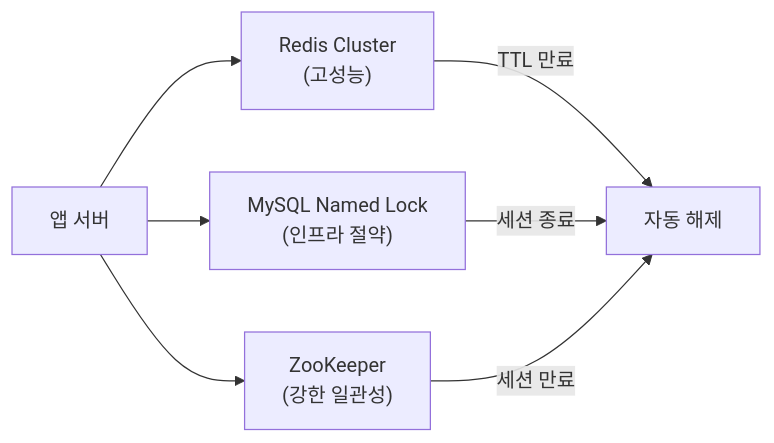
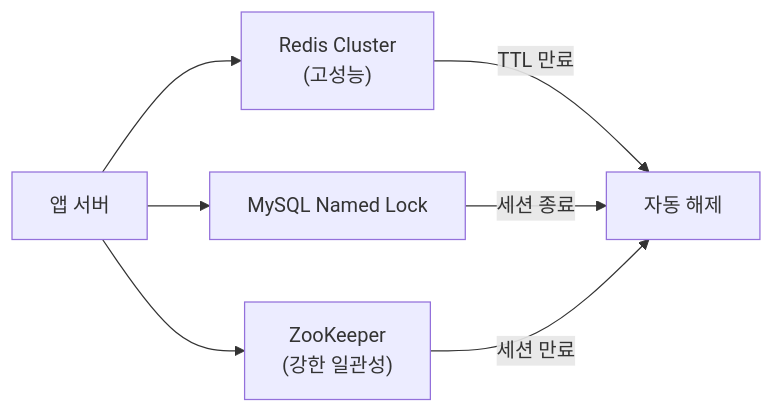
Before and after one commit to yjkim2015/yjkim2015.github.io: the fourth of 4 diagrams in _posts/db/2026-05-01-db-locks.md, drawn with Mermaid. The commit also changed other lines of this file and 245 other files, not shown here.

First line of the commit message:
Mermaid 다이어그램 전면 수정 + 면접 포인트 접기/펼치기 + DB 데드락 페이지

````diff
--- a/_posts/db/2026-05-01-db-locks.md
+++ b/_posts/db/2026-05-01-db-locks.md
@@ -1314,9 +1314,9 @@
 ```mermaid
 graph LR
     App["앱 서버"] --> Redis["Redis Cluster\n(고성능)"]
-    App --> MySQL["MySQL Named Lock\n(인프라 절약)"]
+    App --> MySQL["MySQL Named Lock"]
     App --> ZK["ZooKeeper\n(강한 일관성)"]
     Redis -->|"TTL 만료"| Auto["자동 해제"]
     MySQL -->|"세션 종료"| Auto
     ZK -->|"세션 만료"| Auto
 ```
````
